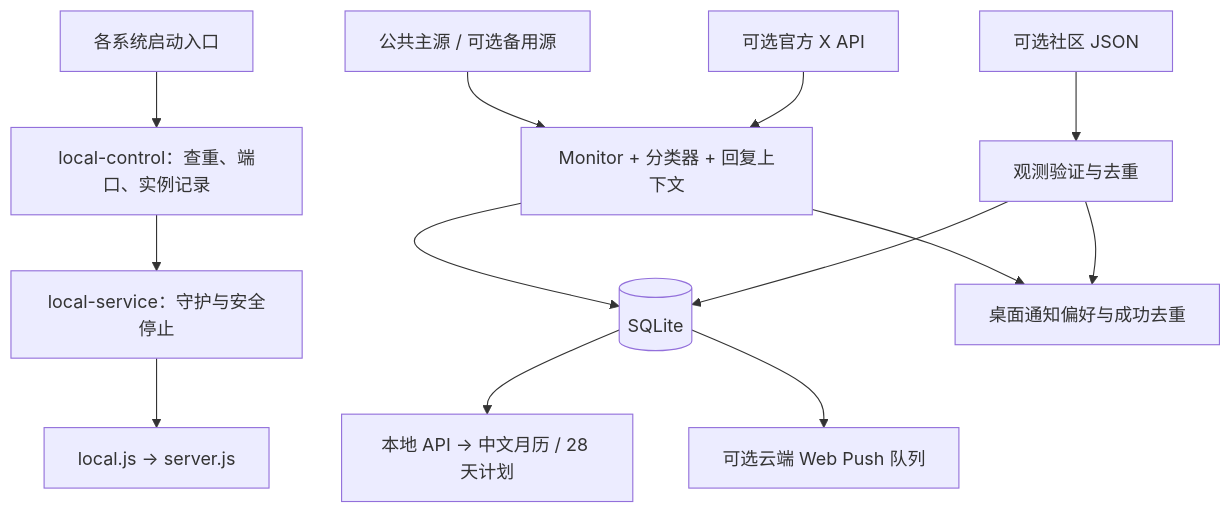
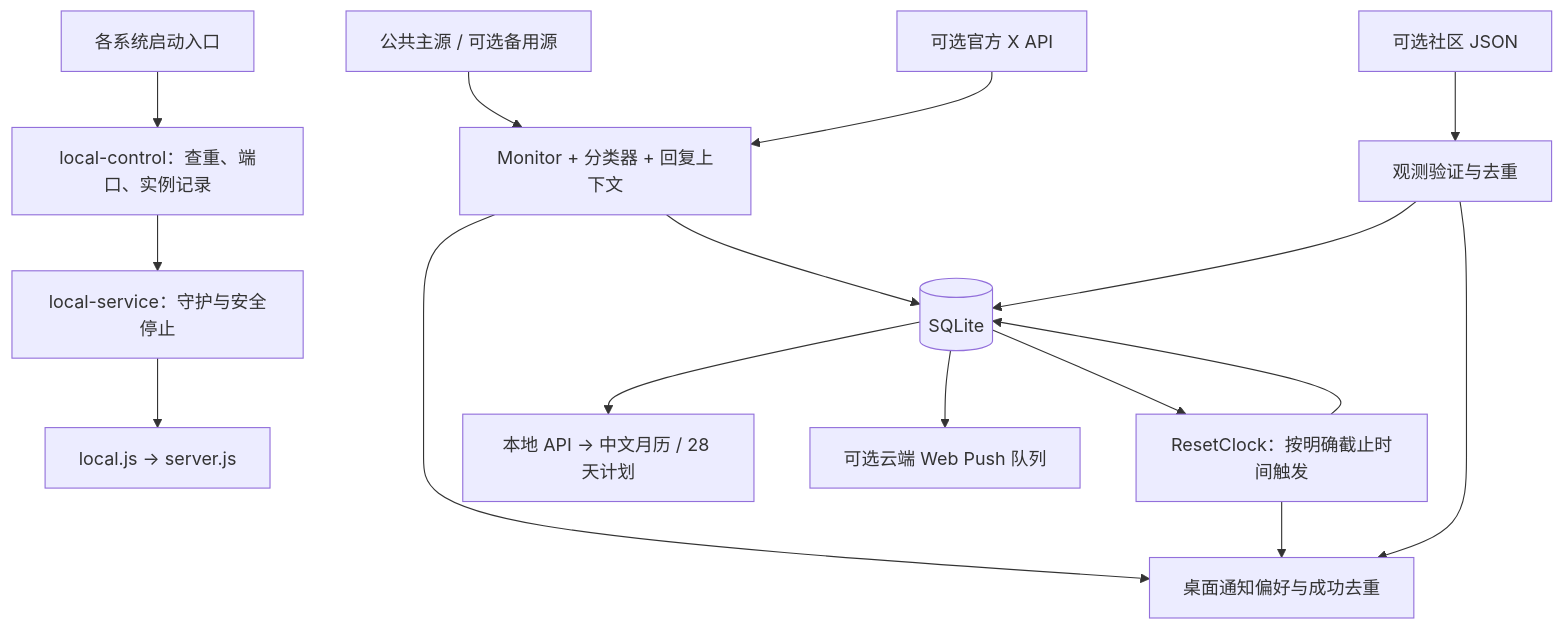
Before and after one commit to yurenpai/tibo-reset-live: the diagram in docs/DEVELOPMENT_HANDOFF_ZH.md, drawn with Mermaid. The commit also changed other lines of this file and 17 other files, not shown here.

````diff
--- a/docs/DEVELOPMENT_HANDOFF_ZH.md
+++ b/docs/DEVELOPMENT_HANDOFF_ZH.md
@@ -51,15 +51,18 @@
 ```mermaid
 flowchart TD
   Launcher[各系统启动入口] --> Control[local-control：查重、端口、实例记录]
   Control --> Supervisor[local-service：守护与安全停止]
   Supervisor --> Local[local.js → server.js]
   Public[公共主源 / 可选备用源] --> Classifier[Monitor + 分类器 + 回复上下文]
   Official[可选官方 X API] --> Classifier
   Community[可选社区 JSON] --> Observed[观测验证与去重]
   Classifier --> DB[(SQLite)]
+  DB --> Clock[ResetClock：按明确截止时间触发]
+  Clock --> DB
   Observed --> DB
   DB --> Calendar[本地 API → 中文月历 / 28 天计划]
   Classifier --> Desktop[桌面通知偏好与成功去重]
+  Clock --> Desktop
   Observed --> Desktop
   DB --> WebPush[可选云端 Web Push 队列]
 ```
````
